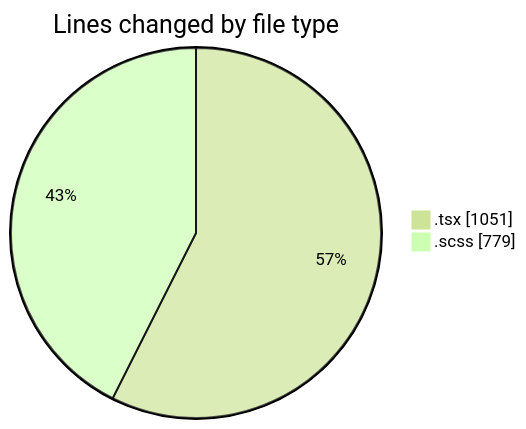
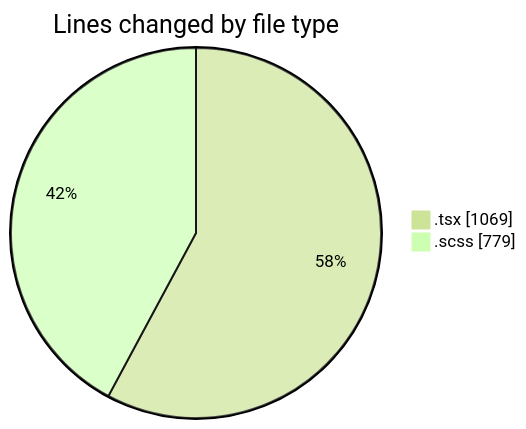
The first of 2 diagrams in 2025-10-06/cda/README.md (momahboobian/code-tracking), drawn with Mermaid (forest theme) before and after one commit. The commit also changed other lines of this file and 1 other file, not shown here.

````diff
--- a/2025-10-06/cda/README.md
+++ b/2025-10-06/cda/README.md
@@ -24,6 +24,6 @@
 ```mermaid
 pie showData
 title Lines changed by file type
-".tsx" : 1051
+".tsx" : 1069
 ".scss" : 779
 ```
````
